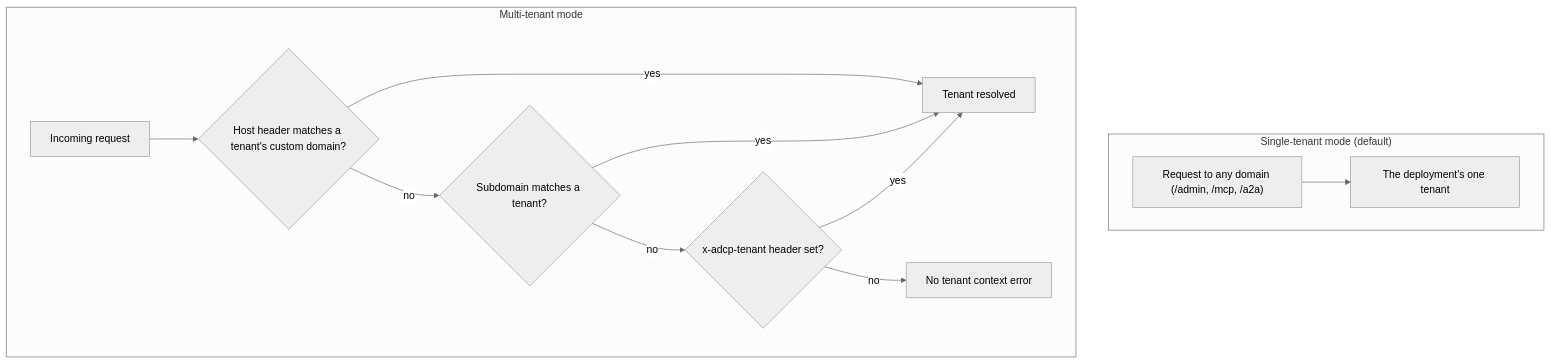
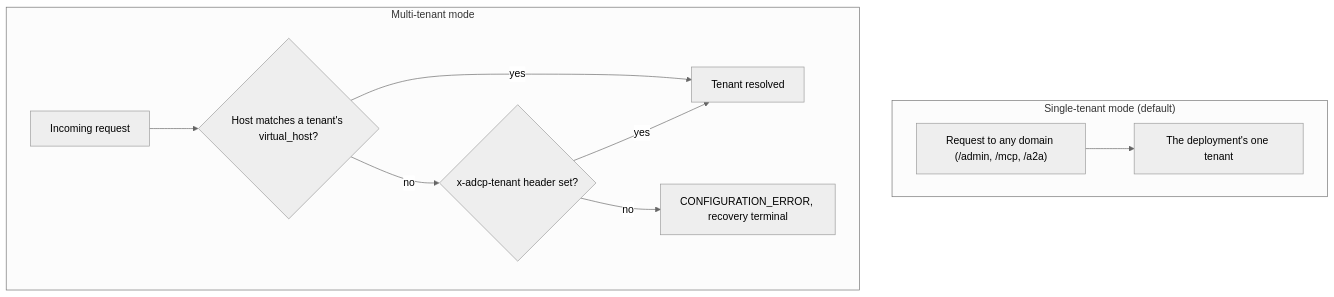
Before and after one commit to KonstantinMirin/prebid-salesagent: the diagram in docs/deployment/multi-tenant.md, drawn with Mermaid (neutral theme). The commit also changed other lines of this file and 2 other files, not shown here.

First line of the commit message:
docs: the Host names the tenant, and every tenant declares one

````diff
--- a/docs/deployment/multi-tenant.md
+++ b/docs/deployment/multi-tenant.md
@@ -15,16 +29,14 @@
 ```mermaid
 flowchart TD
     subgraph Single["Single-tenant mode (default)"]
         SReq["Request to any domain (/admin, /mcp, /a2a)"] --> STen["The deployment's one tenant"]
     end
 
     subgraph Multi["Multi-tenant mode"]
-        MReq["Incoming request"] --> VH{"Host header matches a tenant's custom domain?"}
+        MReq["Incoming request"] --> VH{"Host matches a tenant's virtual_host?"}
         VH -- yes --> Ten["Tenant resolved"]
-        VH -- no --> SD{"Subdomain matches a tenant?"}
-        SD -- yes --> Ten
-        SD -- no --> XH{"x-adcp-tenant header set?"}
+        VH -- no --> XH{"x-adcp-tenant header set?"}
         XH -- yes --> Ten
-        XH -- no --> Err["No tenant context error"]
+        XH -- no --> Err["CONFIGURATION_ERROR, recovery terminal"]
     end
 ```
````
